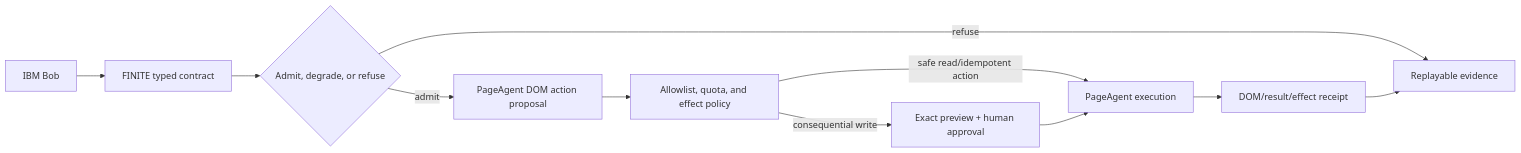
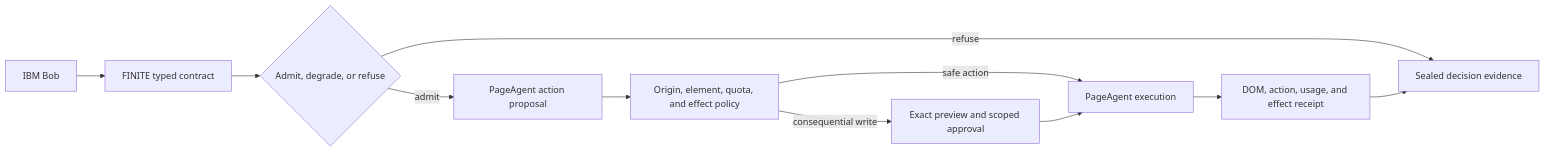
One commit to marcpoliquin5/finite-agent-physics changed the diagram in docs/competitive-landscape.md. Above: the diagram before and after it, drawn with Mermaid. The commit also changed other lines of this file and 90 other files, not shown here.

````diff
--- a/docs/competitive-landscape.md
+++ b/docs/competitive-landscape.md
@@ -104,13 +157,13 @@
-```mermaid
+~~~mermaid
 flowchart LR
     Bob["IBM Bob"] --> Contract["FINITE typed contract"]
     Contract --> Admit{"Admit, degrade, or refuse"}
-    Admit -->|refuse| Evidence["Replayable evidence"]
-    Admit -->|admit| Proposal["PageAgent DOM action proposal"]
-    Proposal --> Policy["Allowlist, quota, and effect policy"]
-    Policy -->|safe read/idempotent action| Execute["PageAgent execution"]
-    Policy -->|consequential write| Approval["Exact preview + human approval"]
+    Admit -->|refuse| Evidence["Sealed decision evidence"]
+    Admit -->|admit| Proposal["PageAgent action proposal"]
+    Proposal --> Policy["Origin, element, quota, and effect policy"]
+    Policy -->|safe action| Execute["PageAgent execution"]
+    Policy -->|consequential write| Approval["Exact preview and scoped approval"]
     Approval --> Execute
-    Execute --> Receipt["DOM/result/effect receipt"]
+    Execute --> Receipt["DOM, action, usage, and effect receipt"]
     Receipt --> Evidence
-```
+~~~
````
